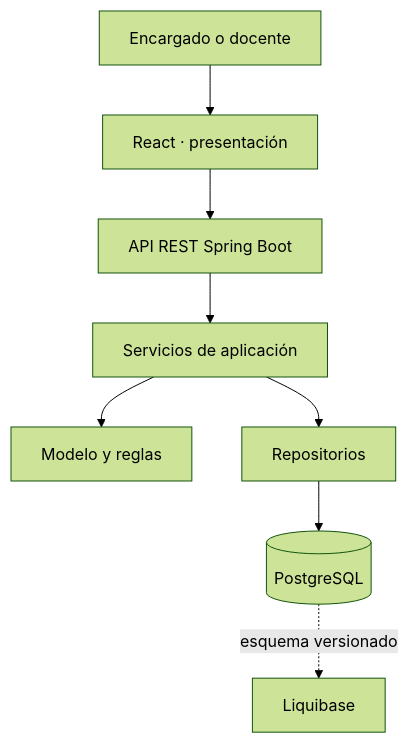
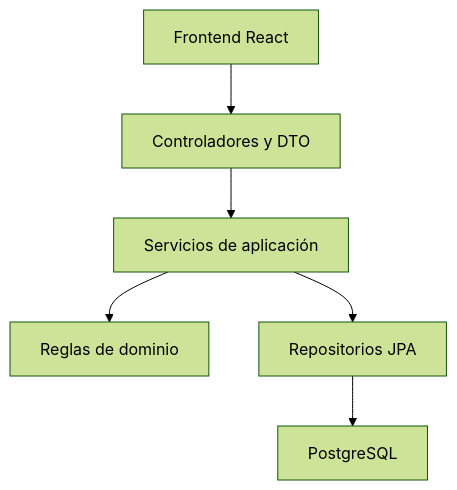
One commit to IF-6100-2026/portal-academico-documentacion changed the diagram in docs/05-diseno/arquitectura.md. Above: the diagram before and after it, drawn with Mermaid (forest theme). The commit also changed other lines of this file and 86 other files, not shown here.

````diff
--- a/docs/05-diseno/arquitectura.md
+++ b/docs/05-diseno/arquitectura.md
@@ -7,10 +11,8 @@
 ```mermaid
 flowchart TD
-  E[Encargado o docente] --> UI[React · presentación]
-  UI --> API[API REST Spring Boot]
-  API --> APP[Servicios de aplicación]
-  APP --> DOM[Modelo y reglas]
-  APP --> REP[Repositorios]
-  REP --> DB[(PostgreSQL)]
-  DB -. esquema versionado .-> LIQ[Liquibase]
+ UI["Frontend React"] --> API["Controladores y DTO"]
+ API --> APP["Servicios de aplicación"]
+ APP --> DOM["Reglas de dominio"]
+ APP --> REP["Repositorios JPA"]
+ REP --> DB["PostgreSQL"]
 ```
````
